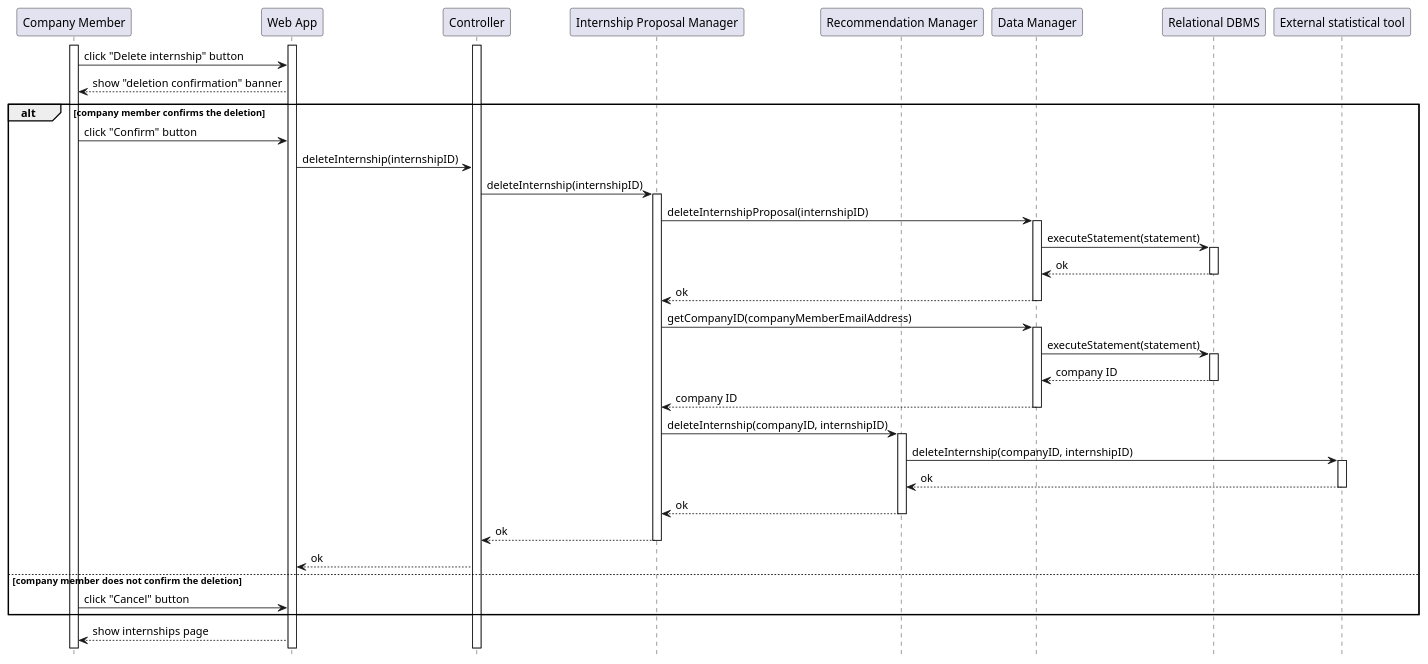
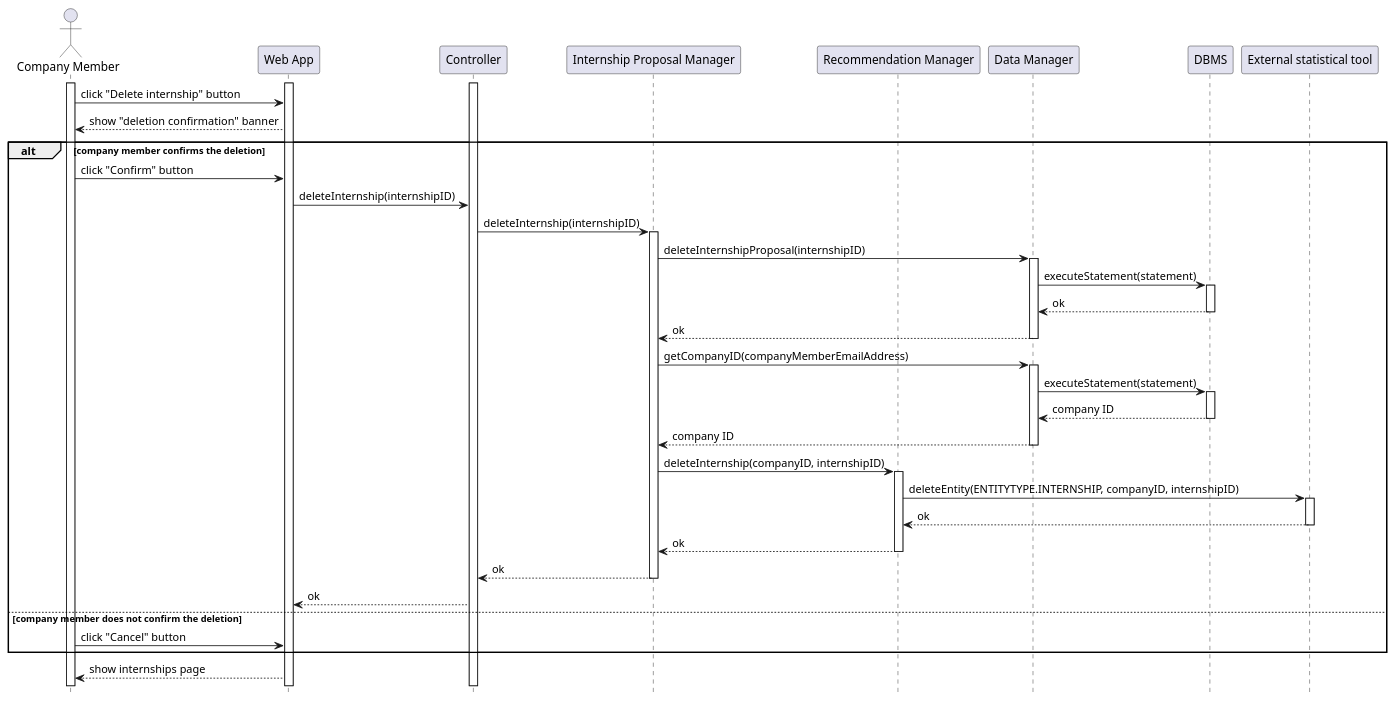
The diagram in DD/Architectural_design/uml_diagrams/RV9_diagram.puml (matti8702/R_and_DD_project_SE2), drawn with PlantUML before and after one commit. The commit also changed 9 other files, not shown here.

```diff
--- a/DD/Architectural_design/uml_diagrams/RV9_diagram.puml
+++ b/DD/Architectural_design/uml_diagrams/RV9_diagram.puml
@@ -1,57 +1,57 @@
 @startuml RV9_diagram
 hide footbox
 
-participant "Company Member" as CM
+actor "Company Member" as CM
 participant "Web App" as W
 participant "Controller" as C
 participant "Internship Proposal Manager" as I
 participant "Recommendation Manager" as RE
 participant "Data Manager" as DM
-participant "Relational DBMS" as RD
+participant "DBMS" as RD
 participant "External statistical tool" AS EXT
 
 activate CM
 activate W
 activate C
 CM -> W: click "Delete internship" button
 W --> CM: show "deletion confirmation" banner
 alt company member confirms the deletion
     CM -> W: click "Confirm" button
     W -> C: deleteInternship(internshipID)
     C -> I: deleteInternship(internshipID)
     activate I
 
     I -> DM: deleteInternshipProposal(internshipID)
     activate DM
     DM -> RD: executeStatement(statement)
     activate RD
     RD --> DM: ok
     deactivate RD
     DM --> I: ok
     deactivate DM
 
     I -> DM: getCompanyID(companyMemberEmailAddress)
     activate DM
     DM -> RD: executeStatement(statement)
     activate RD
     RD --> DM: company ID
     deactivate RD
     DM --> I: company ID
     deactivate DM
 
     I -> RE: deleteInternship(companyID, internshipID)
     activate RE
-    RE -> EXT: deleteInternship(companyID, internshipID)
+    RE -> EXT: deleteEntity(ENTITYTYPE.INTERNSHIP, companyID, internshipID)
     activate EXT
     EXT --> RE: ok
     deactivate EXT
     RE --> I: ok
     deactivate RE
     I --> C: ok
     deactivate I
     C --> W: ok
 else company member does not confirm the deletion
     CM -> W: click "Cancel" button
 end
 W --> CM: show internships page
 @enduml
```
